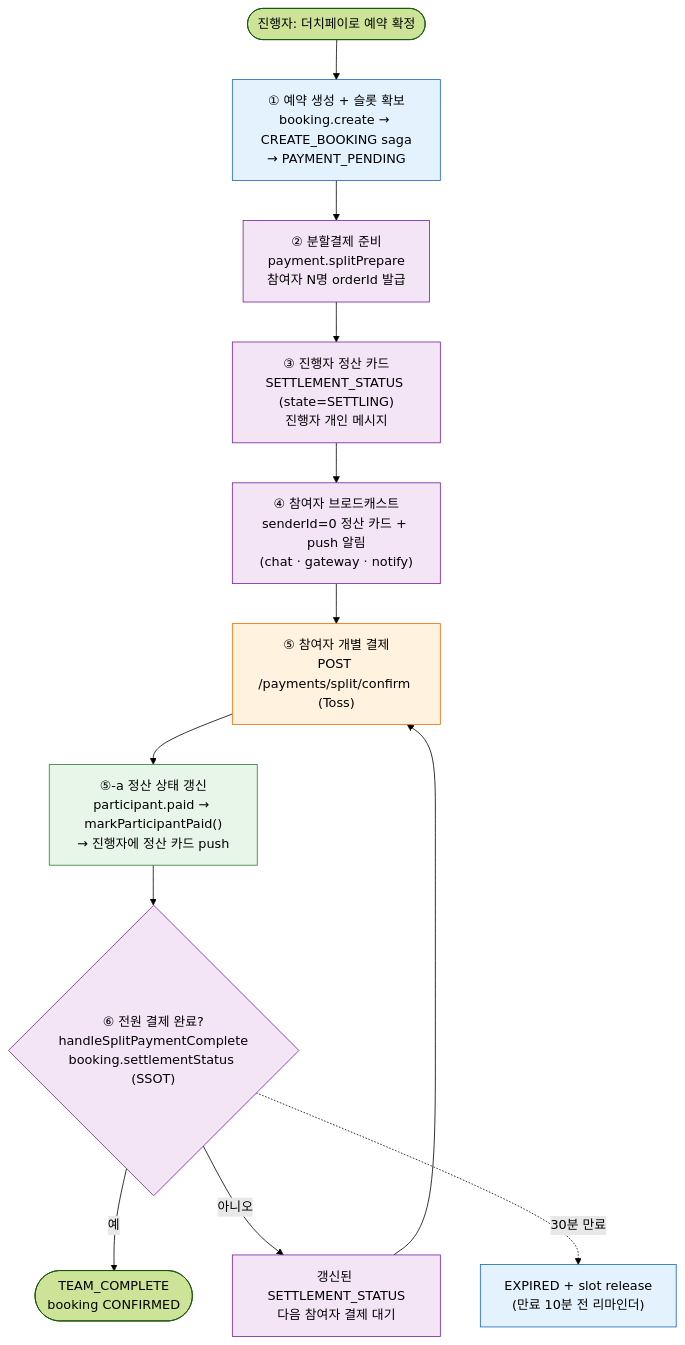
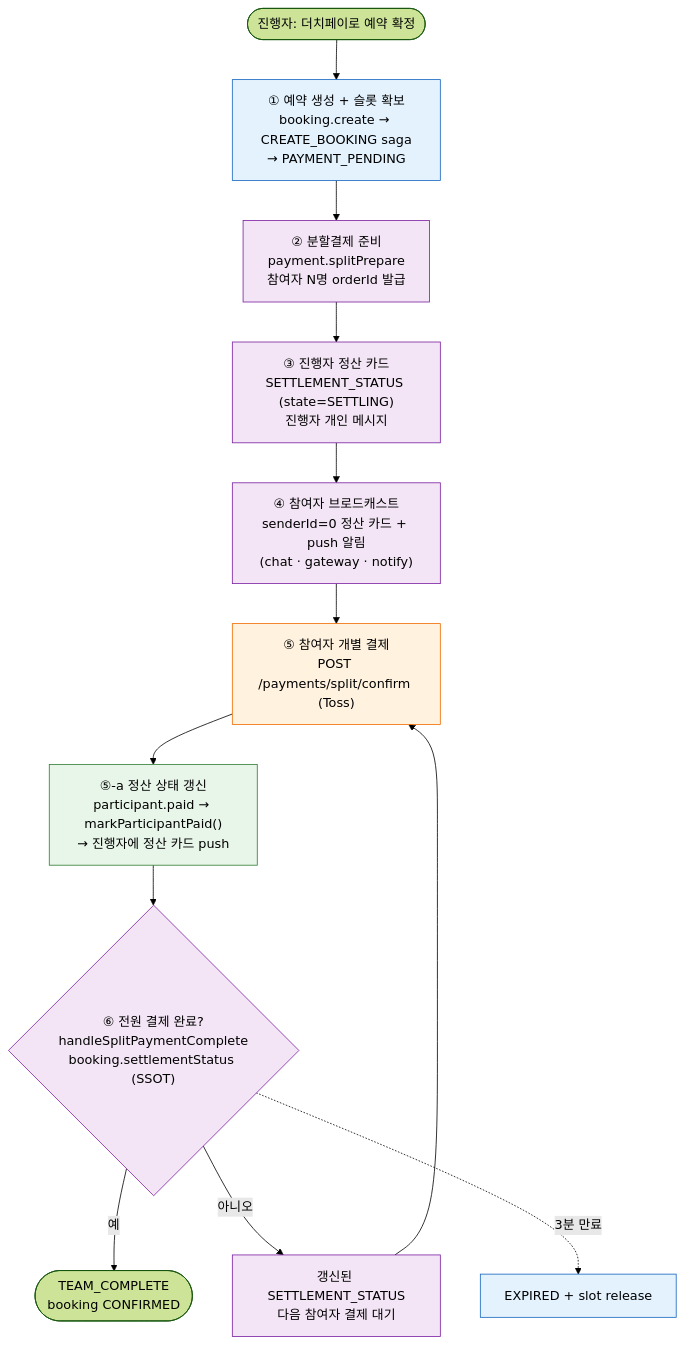
The diagram in docs/workflow/AGENT_DUTCHPAY.md (uniyous/parkgolf-platform), drawn with Mermaid (forest theme) before and after one commit. The commit also changed other lines of this file and 1 other file, not shown here.

First line of the commit message:
docs: 더치페이 결제 만료 30분 → 3분 정정 + 리마인더 설명 수정

````diff
--- a/docs/workflow/AGENT_DUTCHPAY.md
+++ b/docs/workflow/AGENT_DUTCHPAY.md
@@ -25,23 +25,23 @@
 ```mermaid
 flowchart TD
     Start([진행자: 더치페이로 예약 확정]) --> Create["① 예약 생성 + 슬롯 확보<br/>booking.create → CREATE_BOOKING saga<br/>→ PAYMENT_PENDING"]
     Create --> Prepare["② 분할결제 준비<br/>payment.splitPrepare<br/>참여자 N명 orderId 발급"]
     Prepare --> Card["③ 진행자 정산 카드<br/>SETTLEMENT_STATUS (state=SETTLING)<br/>진행자 개인 메시지"]
     Card --> Broadcast["④ 참여자 브로드캐스트<br/>senderId=0 정산 카드 + push 알림<br/>(chat · gateway · notify)"]
     Broadcast --> Pay["⑤ 참여자 개별 결제<br/>POST /payments/split/confirm (Toss)"]
     Pay --> MarkPaid["⑤-a 정산 상태 갱신<br/>participant.paid → markParticipantPaid()<br/>→ 진행자에 정산 카드 push"]
     MarkPaid --> Check{"⑥ 전원 결제 완료?<br/>handleSplitPaymentComplete<br/>booking.settlementStatus (SSOT)"}
     Check -->|예| Done([TEAM_COMPLETE<br/>booking CONFIRMED])
     Check -->|아니오| Wait["갱신된 SETTLEMENT_STATUS<br/>다음 참여자 결제 대기"]
     Wait --> Pay
-    Check -. 30분 만료 .-> Expire["EXPIRED + slot release<br/>(만료 10분 전 리마인더)"]
+    Check -. 3분 만료 .-> Expire["EXPIRED + slot release"]
 
     classDef agent fill:#f3e5f5,stroke:#7b1fa2,color:#000
     classDef saga fill:#e3f2fd,stroke:#1565c0,color:#000
     classDef booking fill:#e8f5e9,stroke:#2e7d32,color:#000
     classDef payment fill:#fff3e0,stroke:#ef6c00,color:#000
     class Create,Expire saga
     class Prepare,Card,Broadcast,Check,Wait agent
     class Pay payment
     class MarkPaid booking
 ```
````
